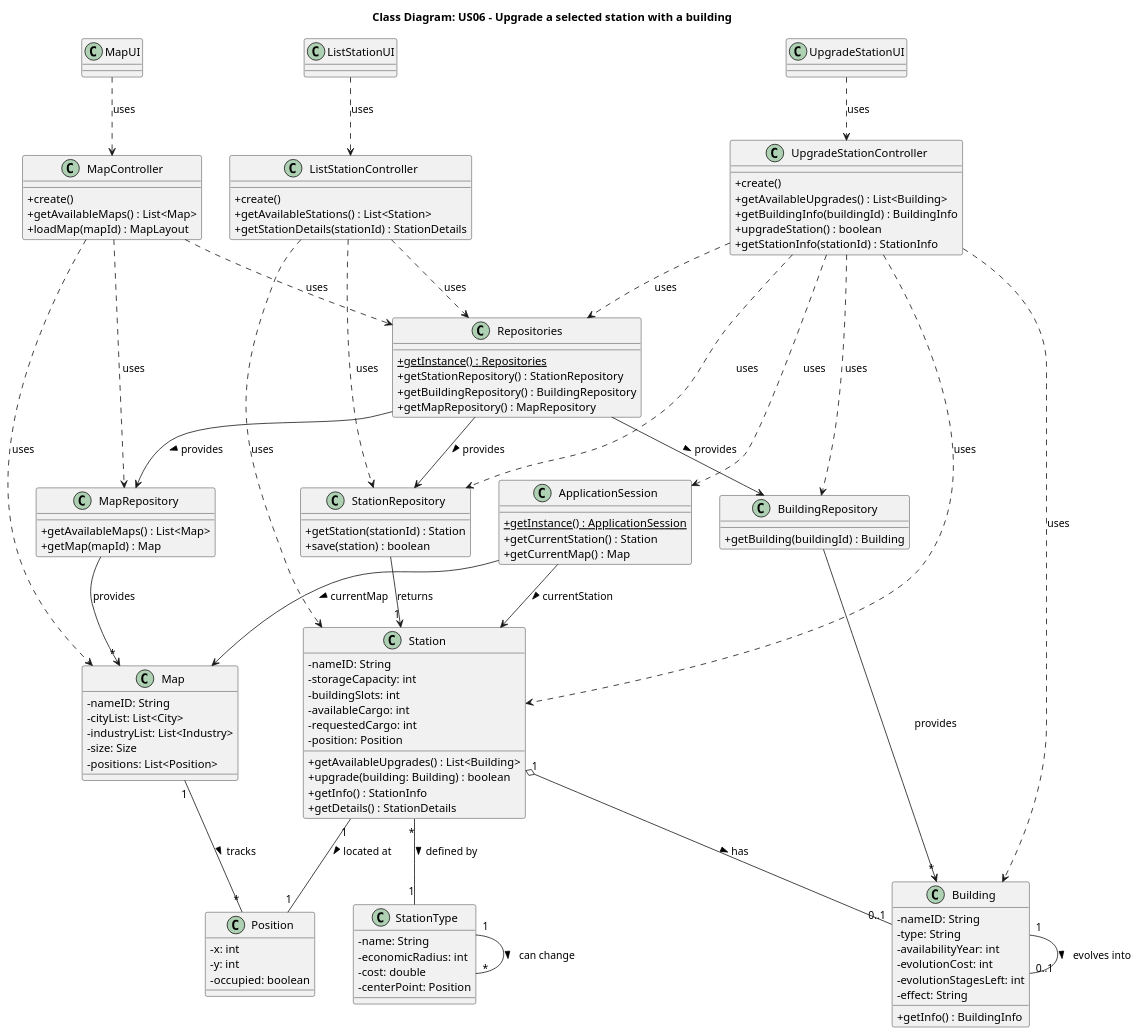
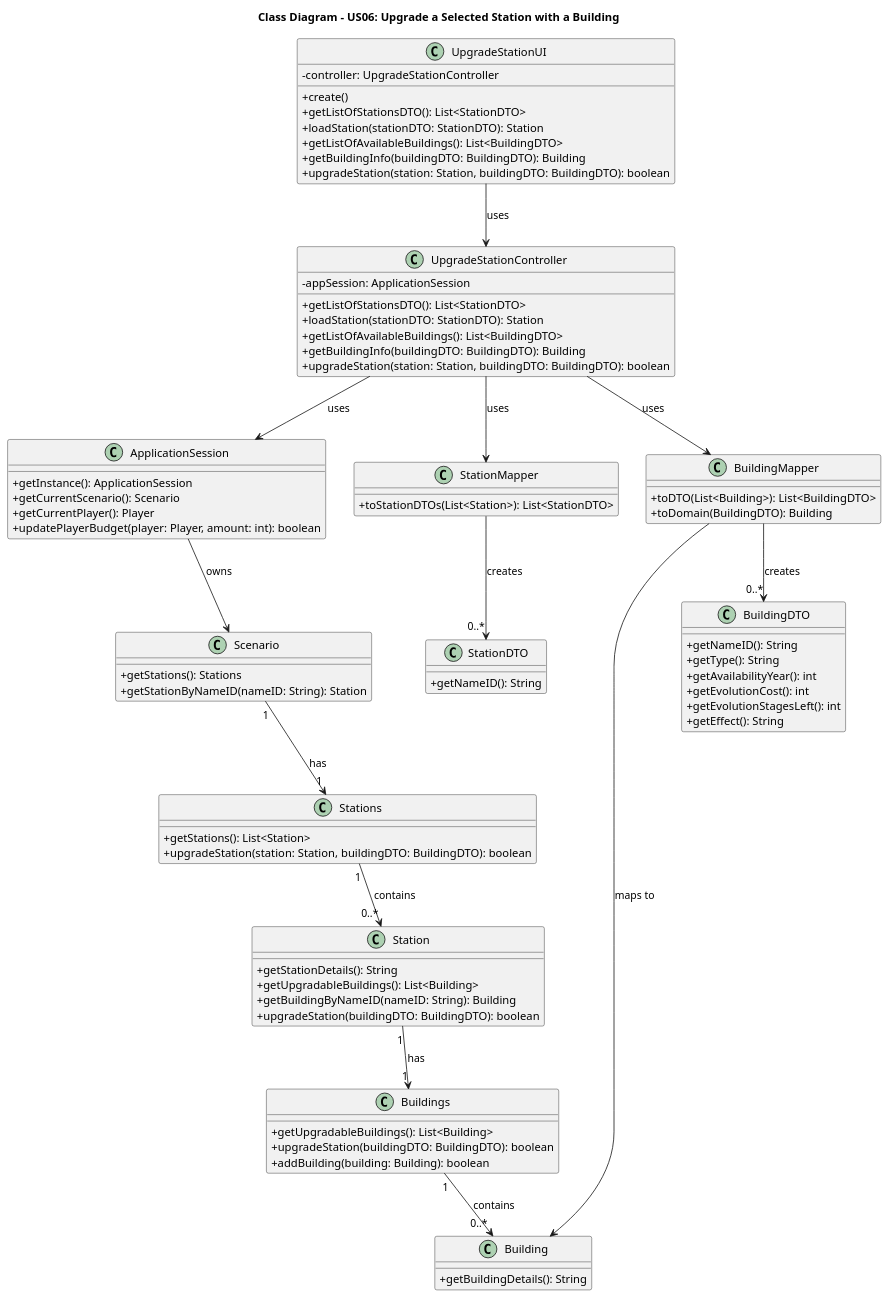
The diagram in docs/system-documentation/Sprint 3/US06/03.design/puml/US06-CD.puml (HenriqueSilva18/Railway-Network-Simulator), drawn with PlantUML before and after one commit. The commit also changed 37 other files, not shown here.

```diff
--- a/docs/system-documentation/Sprint 3/US06/03.design/puml/US06-CD.puml
+++ b/docs/system-documentation/Sprint 3/US06/03.design/puml/US06-CD.puml
@@ -1,151 +1,95 @@
 @startuml
-skinparam packageStyle rectangle
-skinparam shadowing false
 skinparam classAttributeIconSize 0
+title Class Diagram - US06: Upgrade a Selected Station with a Building
 
-title Class Diagram: US06 - Upgrade a selected station with a building
-
-class MapUI {
-}
-
-class MapController {
+' Classes principais
+class UpgradeStationUI {
+    - controller: UpgradeStationController
     + create()
-    + getAvailableMaps() : List<Map>
-    + loadMap(mapId) : MapLayout
-}
-
-class ListStationUI {
-}
-
-class ListStationController {
-    + create()
-    + getAvailableStations() : List<Station>
-    + getStationDetails(stationId) : StationDetails
-}
-
-class UpgradeStationUI {
+    + getListOfStationsDTO(): List<StationDTO>
+    + loadStation(stationDTO: StationDTO): Station
+    + getListOfAvailableBuildings(): List<BuildingDTO>
+    + getBuildingInfo(buildingDTO: BuildingDTO): Building
+    + upgradeStation(station: Station, buildingDTO: BuildingDTO): boolean
 }
 
 class UpgradeStationController {
-    + create()
-    + getAvailableUpgrades() : List<Building>
-    + getBuildingInfo(buildingId) : BuildingInfo
-    + upgradeStation() : boolean
-    + getStationInfo(stationId) : StationInfo
-}
-
-class StationRepository {
-    + getStation(stationId) : Station
-    + save(station) : boolean
-}
-
-class BuildingRepository {
-    + getBuilding(buildingId) : Building
-}
-
-class MapRepository {
-    + getAvailableMaps() : List<Map>
-    + getMap(mapId) : Map
-}
-
-class Repositories {
-    + {static} getInstance() : Repositories
-    + getStationRepository() : StationRepository
-    + getBuildingRepository() : BuildingRepository
-    + getMapRepository() : MapRepository
+    - appSession: ApplicationSession
+    + getListOfStationsDTO(): List<StationDTO>
+    + loadStation(stationDTO: StationDTO): Station
+    + getListOfAvailableBuildings(): List<BuildingDTO>
+    + getBuildingInfo(buildingDTO: BuildingDTO): Building
+    + upgradeStation(station: Station, buildingDTO: BuildingDTO): boolean
 }
 
 class ApplicationSession {
-    + {static} getInstance() : ApplicationSession
-    + getCurrentStation() : Station
-    + getCurrentMap() : Map
+    + getInstance(): ApplicationSession
+    + getCurrentScenario(): Scenario
+    + getCurrentPlayer(): Player
+    + updatePlayerBudget(player: Player, amount: int): boolean
+}
+
+class Scenario {
+    + getStations(): Stations
+    + getStationByNameID(nameID: String): Station
+}
+
+class Stations {
+    + getStations(): List<Station>
+    + upgradeStation(station: Station, buildingDTO: BuildingDTO): boolean
 }
 
 class Station {
-    - nameID: String
-    - storageCapacity: int
-    - buildingSlots: int
-    - availableCargo: int
-    - requestedCargo: int
-    - position: Position
-    
-    + getAvailableUpgrades() : List<Building>
-    + upgrade(building: Building) : boolean
-    + getInfo() : StationInfo
-    + getDetails() : StationDetails
+    + getStationDetails(): String
+    + getUpgradableBuildings(): List<Building>
+    + getBuildingByNameID(nameID: String): Building
+    + upgradeStation(buildingDTO: BuildingDTO): boolean
+}
+
+class Buildings {
+    + getUpgradableBuildings(): List<Building>
+    + upgradeStation(buildingDTO: BuildingDTO): boolean
+    + addBuilding(building: Building): boolean
 }
 
 class Building {
-    - nameID: String
-    - type: String
-    - availabilityYear: int
-    - evolutionCost: int
-    - evolutionStagesLeft: int
-    - effect: String
-    
-    + getInfo() : BuildingInfo
+    + getBuildingDetails(): String
 }
 
-class Map {
-    - nameID: String
-    - cityList: List<City>
-    - industryList: List<Industry>
-    - size: Size
-    - positions: List<Position>
+class StationDTO {
+    + getNameID(): String
 }
 
-class Position {
-    - x: int
-    - y: int
-    - occupied: boolean
+class BuildingDTO {
+    + getNameID(): String
+    + getType(): String
+    + getAvailabilityYear(): int
+    + getEvolutionCost(): int
+    + getEvolutionStagesLeft(): int
+    + getEffect(): String
 }
 
-class StationType {
-    - name: String
-    - economicRadius: int
-    - cost: double
-    - centerPoint: Position
+class StationMapper {
+    + toStationDTOs(List<Station>): List<StationDTO>
 }
 
-' UI Layer
-MapUI ..> MapController : uses
-ListStationUI ..> ListStationController : uses
-UpgradeStationUI ..> UpgradeStationController : uses
+class BuildingMapper {
+    + toDTO(List<Building>): List<BuildingDTO>
+    + toDomain(BuildingDTO): Building
+}
 
-' Controller Layer
-MapController ..> MapRepository : uses
-MapController ..> Repositories : uses
-MapController ..> Map : uses
+' Relações principais
+UpgradeStationUI --> UpgradeStationController : uses
+UpgradeStationController --> ApplicationSession : uses
+ApplicationSession --> Scenario : owns
+Scenario "1" --> "1" Stations : has
+Stations "1" --> "0..*" Station : contains
+Station"1"--> "1" Buildings : has
+Buildings"1" --> "0..*" Building : contains
+UpgradeStationController --> StationMapper : uses
+StationMapper --> "0..*" StationDTO : creates
+UpgradeStationController --> BuildingMapper : uses
+BuildingMapper --> "0..*" BuildingDTO : creates
+BuildingMapper --> Building : maps to
 
-ListStationController ..> StationRepository : uses
-ListStationController ..> Repositories : uses
-ListStationController ..> Station : uses
-
-UpgradeStationController ..> StationRepository : uses
-UpgradeStationController ..> BuildingRepository : uses
-UpgradeStationController ..> Repositories : uses
-UpgradeStationController ..> ApplicationSession : uses
-UpgradeStationController ..> Station : uses
-UpgradeStationController ..> Building : uses
-
-' Repository Layer
-StationRepository --> "1" Station : returns
-BuildingRepository --> "*" Building : provides
-MapRepository --> "*" Map : provides
-
-Repositories --> StationRepository : provides >
-Repositories --> BuildingRepository : provides >
-Repositories --> MapRepository : provides >
-
-' Domain Layer
-Station "1" o-- "0..1" Building : has >
-Station "1" -- "1" Position : located at >
-Station "*" -- "1" StationType : defined by >
-Map "1" -- "*" Position : tracks >
-Building "1" -- "0..1" Building : evolves into >
-StationType "1" -- "*" StationType : can change >
-
-ApplicationSession --> Station : currentStation >
-ApplicationSession --> Map : currentMap >
-
-@enduml 
+@enduml
```
